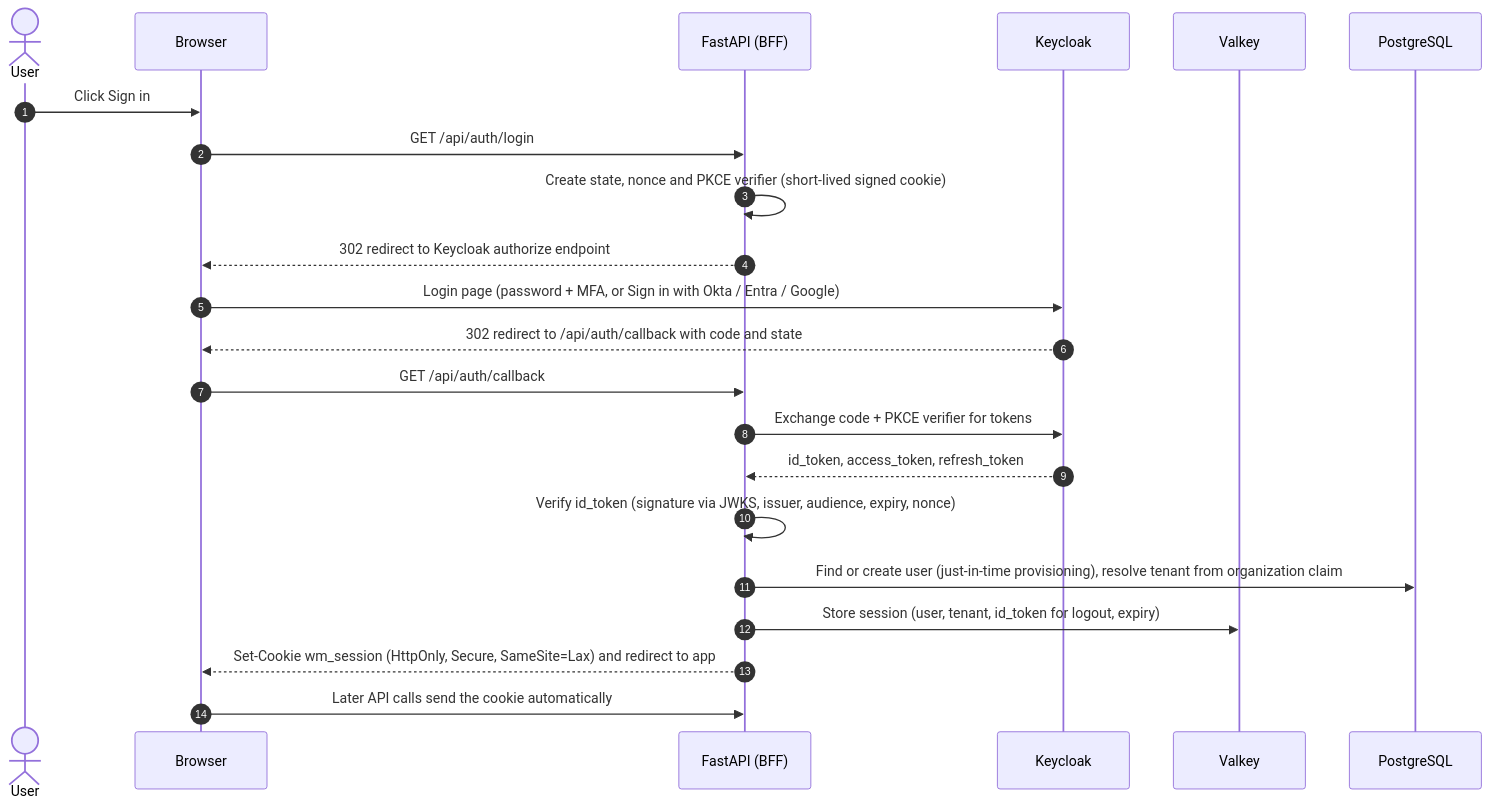
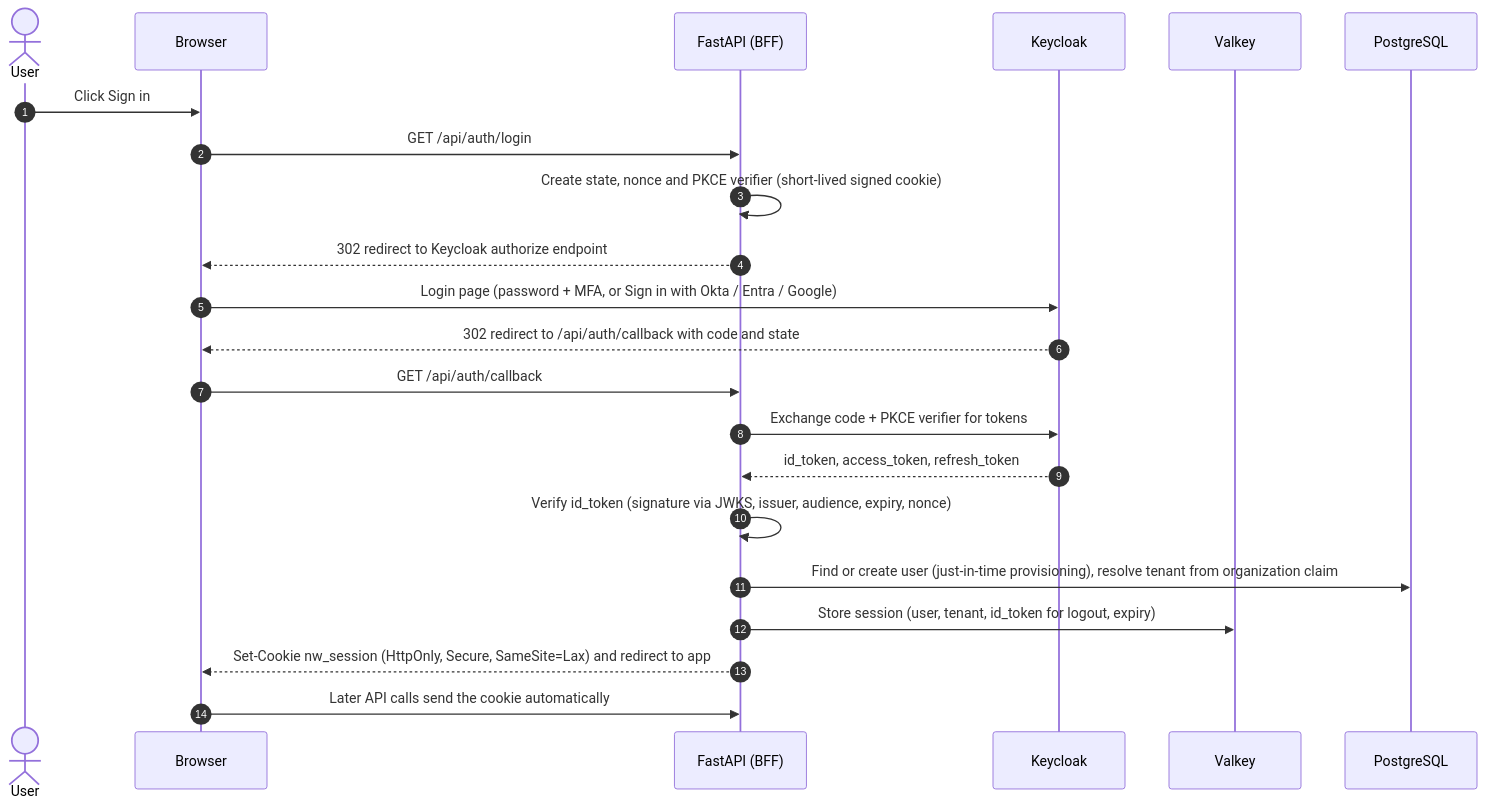
The second of 5 diagrams in docs/ARCHITECTURE.md (MatamDinesh0802/NeedWise), drawn with Mermaid before and after one commit. The commit also changed other lines of this file and 820 other files, not shown here.

````diff
--- a/docs/ARCHITECTURE.md
+++ b/docs/ARCHITECTURE.md
@@ -289,25 +289,25 @@
 ```mermaid
 sequenceDiagram
   autonumber
   actor U as User
   participant W as Browser
   participant A as FastAPI (BFF)
   participant K as Keycloak
   participant V as Valkey
   participant D as PostgreSQL
 
   U->>W: Click Sign in
   W->>A: GET /api/auth/login
   A->>A: Create state, nonce and PKCE verifier (short-lived signed cookie)
   A-->>W: 302 redirect to Keycloak authorize endpoint
   W->>K: Login page (password + MFA, or Sign in with Okta / Entra / Google)
   K-->>W: 302 redirect to /api/auth/callback with code and state
   W->>A: GET /api/auth/callback
   A->>K: Exchange code + PKCE verifier for tokens
   K-->>A: id_token, access_token, refresh_token
   A->>A: Verify id_token (signature via JWKS, issuer, audience, expiry, nonce)
   A->>D: Find or create user (just-in-time provisioning), resolve tenant from organization claim
   A->>V: Store session (user, tenant, id_token for logout, expiry)
-  A-->>W: Set-Cookie wm_session (HttpOnly, Secure, SameSite=Lax) and redirect to app
+  A-->>W: Set-Cookie nw_session (HttpOnly, Secure, SameSite=Lax) and redirect to app
   W->>A: Later API calls send the cookie automatically
 ```
````
